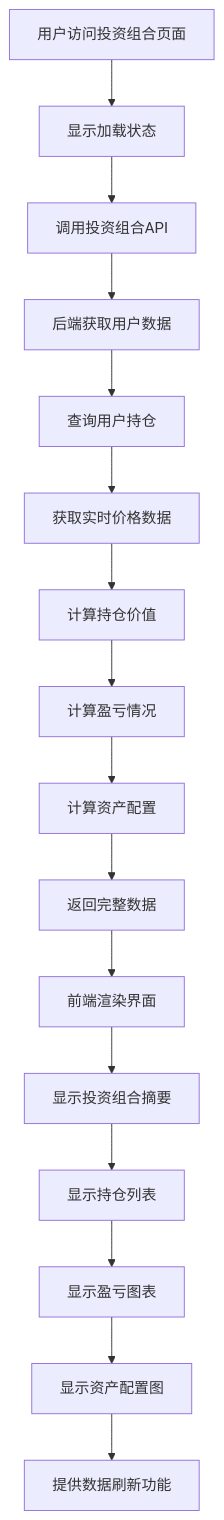
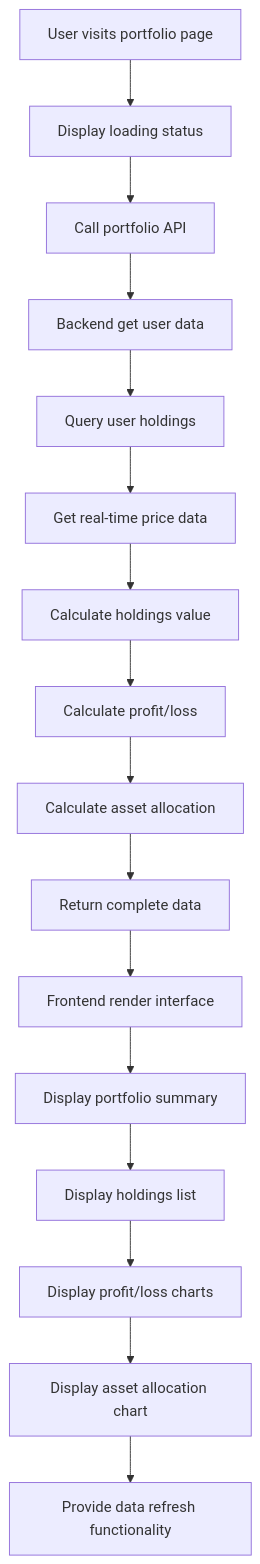
The tenth of 20 diagrams in FLOWCHARTS.md (CDKStudy/Portfolio_Manager), drawn with Mermaid before and after one commit. The commit also changed other lines of this file, not shown here.

Commit message:
update flowchart

````diff
--- a/FLOWCHARTS.md
+++ b/FLOWCHARTS.md
@@ -254,18 +254,18 @@
 ```mermaid
 flowchart TD
-    A[用户访问投资组合页面] --> B[显示加载状态]
-    B --> C[调用投资组合API]
-    C --> D[后端获取用户数据]
-    D --> E[查询用户持仓]
-    E --> F[获取实时价格数据]
-    F --> G[计算持仓价值]
-    G --> H[计算盈亏情况]
-    H --> I[计算资产配置]
-    I --> J[返回完整数据]
-    J --> K[前端渲染界面]
-    K --> L[显示投资组合摘要]
-    L --> M[显示持仓列表]
-    M --> N[显示盈亏图表]
-    N --> O[显示资产配置图]
-    O --> P[提供数据刷新功能]
+    A[User visits portfolio page] --> B[Display loading status]
+    B --> C[Call portfolio API]
+    C --> D[Backend get user data]
+    D --> E[Query user holdings]
+    E --> F[Get real-time price data]
+    F --> G[Calculate holdings value]
+    G --> H[Calculate profit/loss]
+    H --> I[Calculate asset allocation]
+    I --> J[Return complete data]
+    J --> K[Frontend render interface]
+    K --> L[Display portfolio summary]
+    L --> M[Display holdings list]
+    M --> N[Display profit/loss charts]
+    N --> O[Display asset allocation chart]
+    O --> P[Provide data refresh functionality]
 ```
````
